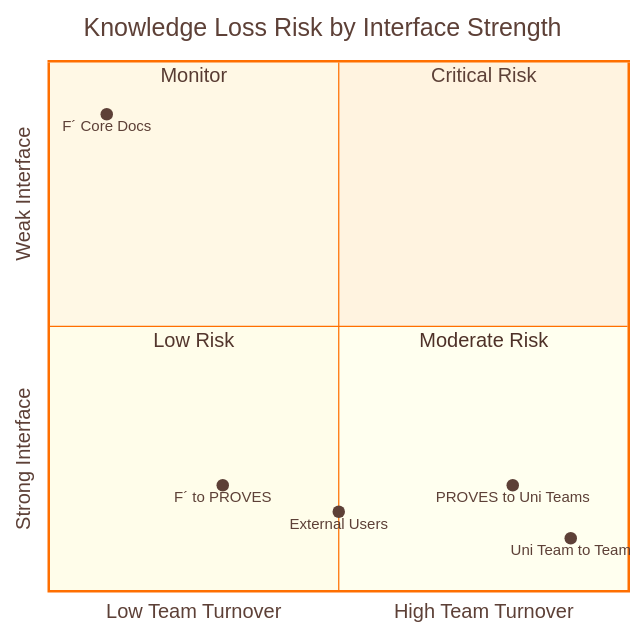
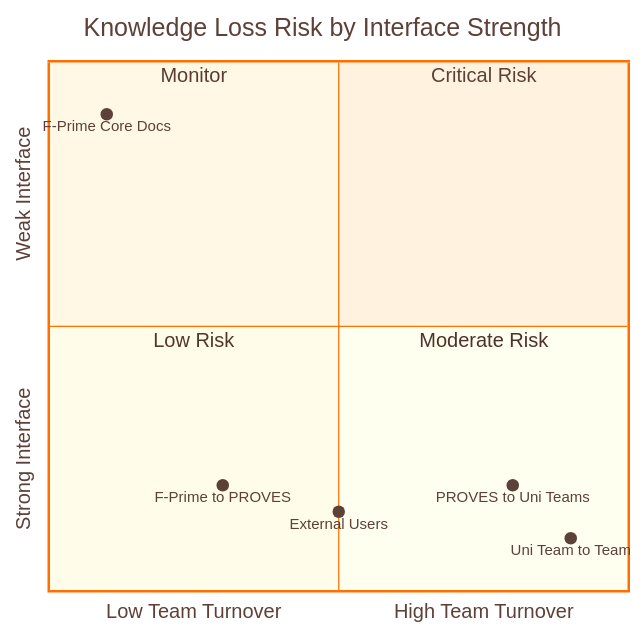
One commit to Lizo-RoadTown/PROVES_LIBRARY changed the eighth of 9 diagrams in docs/diagrams/team-boundaries.md. Above: the diagram before and after it, drawn with Mermaid. The commit also changed other lines of this file and 5 other files, not shown here.

```diff
--- a/docs/diagrams/team-boundaries.md
+++ b/docs/diagrams/team-boundaries.md
@@ -1977,8 +1977,8 @@
     quadrant-2 Monitor
     quadrant-3 Low Risk
     quadrant-4 Moderate Risk
-    "F´ Core Docs": [0.1, 0.9]
-    "F´ to PROVES": [0.3, 0.2]
+    "F-Prime Core Docs": [0.1, 0.9]
+    "F-Prime to PROVES": [0.3, 0.2]
     "PROVES to Uni Teams": [0.8, 0.2]
     "Uni Team to Team": [0.9, 0.1]
     "External Users": [0.5, 0.15]
```
